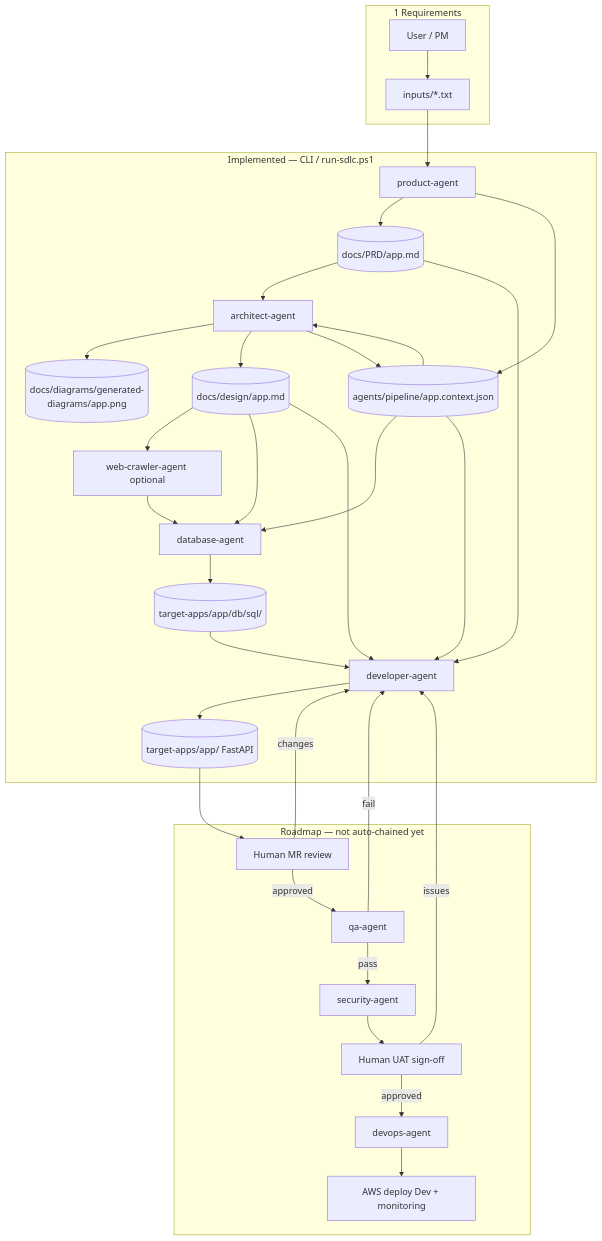
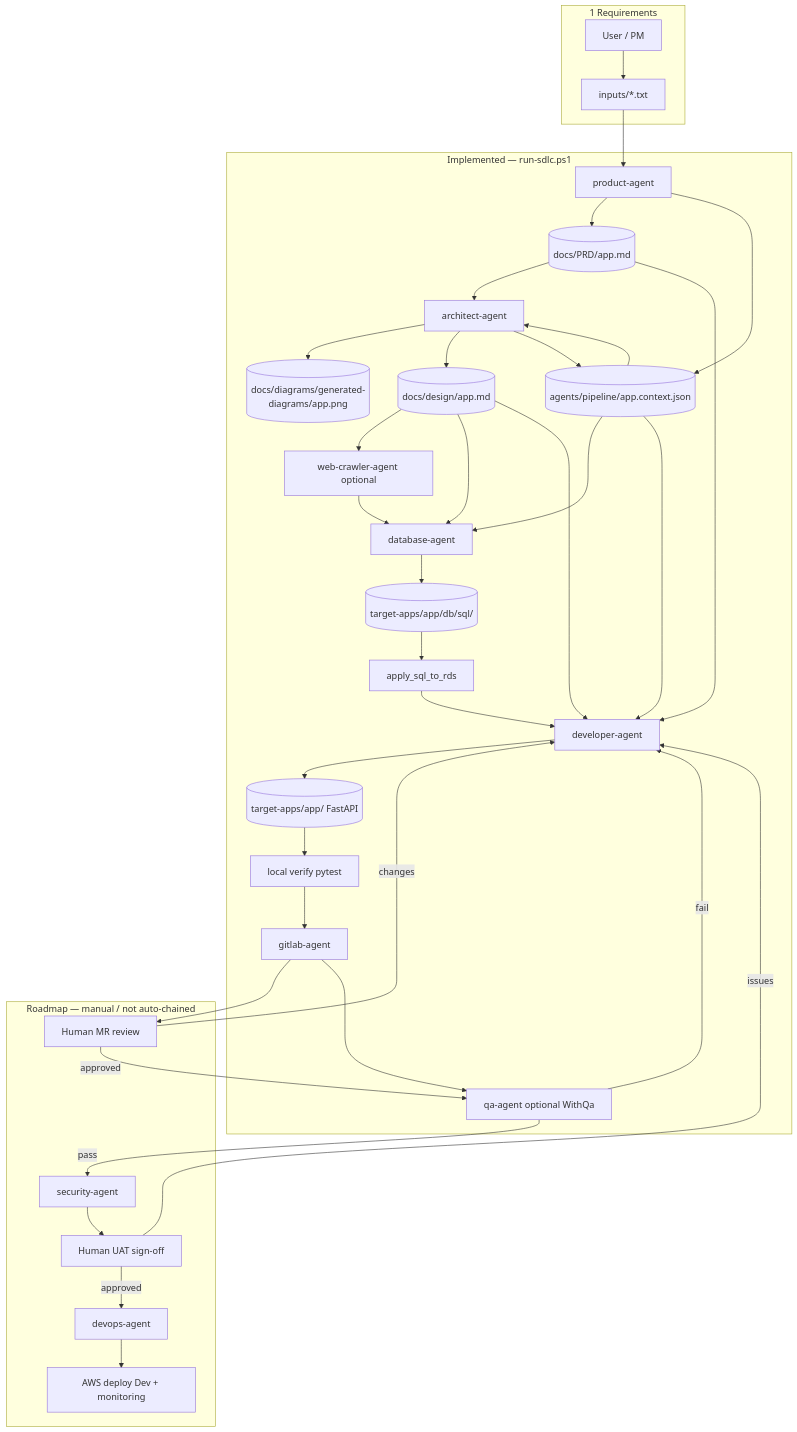
One commit to kinturkt-rts/SDLC-AGENTIC-AI-PLATFORM-EMERGENT changed the diagram in docs/SDLC_PIPELINE_FLOW.md. Above: the diagram before and after it, drawn with Mermaid. The commit also changed other lines of this file and 13 other files, not shown here.

````diff
--- a/docs/SDLC_PIPELINE_FLOW.md
+++ b/docs/SDLC_PIPELINE_FLOW.md
@@ -34,59 +34,66 @@
 ```mermaid
 flowchart TB
   subgraph input [1 Requirements]
     REQ[inputs/*.txt]
     USER[User / PM]
   end
 
-  subgraph implemented [Implemented — CLI / run-sdlc.ps1]
+  subgraph implemented [Implemented — run-sdlc.ps1]
     PROD[product-agent]
     PRD[(docs/PRD/app.md)]
     CTX[(agents/pipeline/app.context.json)]
     ARCH[architect-agent]
     PNG[(docs/diagrams/generated-diagrams/app.png)]
     DES[(docs/design/app.md)]
     WC[web-crawler-agent optional]
     DB[database-agent]
+    RDS[apply_sql_to_rds]
     SQL[(target-apps/app/db/sql/)]
     DEV[developer-agent]
     APP[(target-apps/app/ FastAPI)]
+    VERIFY[local verify pytest]
+    GL[gitlab-agent]
+    QA[qa-agent optional WithQa]
   end
 
-  subgraph roadmap [Roadmap — not auto-chained yet]
+  subgraph roadmap [Roadmap — manual / not auto-chained]
     MR[Human MR review]
-    QA[qa-agent]
+    DOPS[devops-agent]
     SEC[security-agent]
     UAT[Human UAT sign-off]
-    DOPS[devops-agent]
     AWS[AWS deploy Dev + monitoring]
   end
 
   USER --> REQ
   REQ --> PROD
   PROD --> PRD
   PROD --> CTX
   CTX --> ARCH
   PRD --> ARCH
   ARCH --> PNG
   ARCH --> DES
   ARCH --> CTX
   DES --> WC
   WC --> DB
   DES --> DB
   CTX --> DB
   DB --> SQL
-  SQL --> DEV
+  SQL --> RDS
+  RDS --> DEV
   DES --> DEV
   PRD --> DEV
   CTX --> DEV
   DEV --> APP
-  APP --> MR
+  APP --> VERIFY
+  VERIFY --> GL
+  GL --> MR
+  GL --> QA
   MR -->|changes| DEV
   MR -->|approved| QA
   QA -->|fail| DEV
   QA -->|pass| SEC
   SEC --> UAT
   UAT -->|issues| DEV
   UAT -->|approved| DOPS
   DOPS --> AWS
 ```
````
